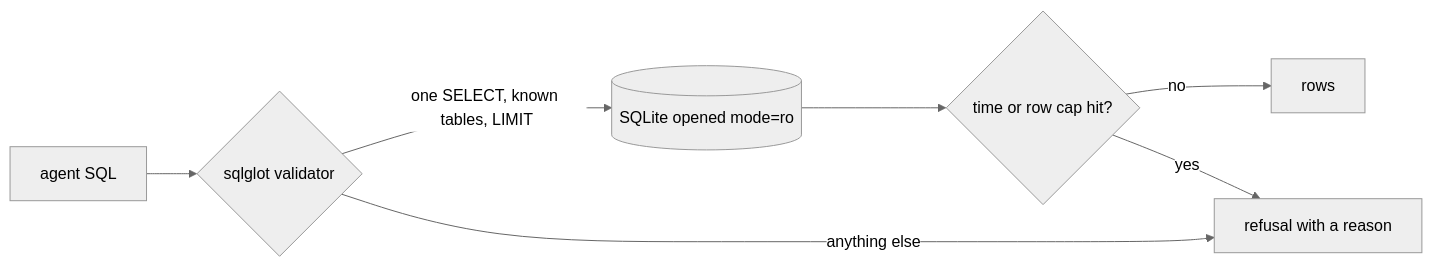
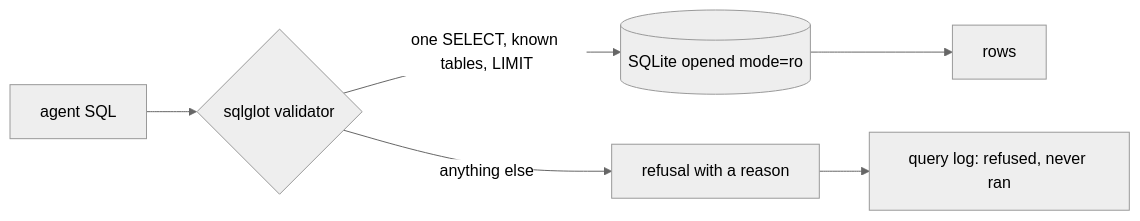
Before and after one commit to learnwithparam/agentic-commerce-data: the diagram in parts/02-lock-the-database/README.md, drawn with Mermaid (neutral theme). The commit also changed other lines of this file and 36 other files, not shown here.

````diff
--- a/parts/02-lock-the-database/README.md
+++ b/parts/02-lock-the-database/README.md
@@ -24,9 +24,8 @@
 ```mermaid
 flowchart LR
   A[agent SQL] --> V{sqlglot validator}
   V -- one SELECT, known tables, LIMIT --> RO[(SQLite opened mode=ro)]
   V -- anything else --> X[refusal with a reason]
-  RO --> T{time or row cap hit?}
-  T -- no --> Rows[rows]
-  T -- yes --> X
+  RO --> Rows[rows]
+  X --> LOG[query log: refused, never ran]
 ```
````
